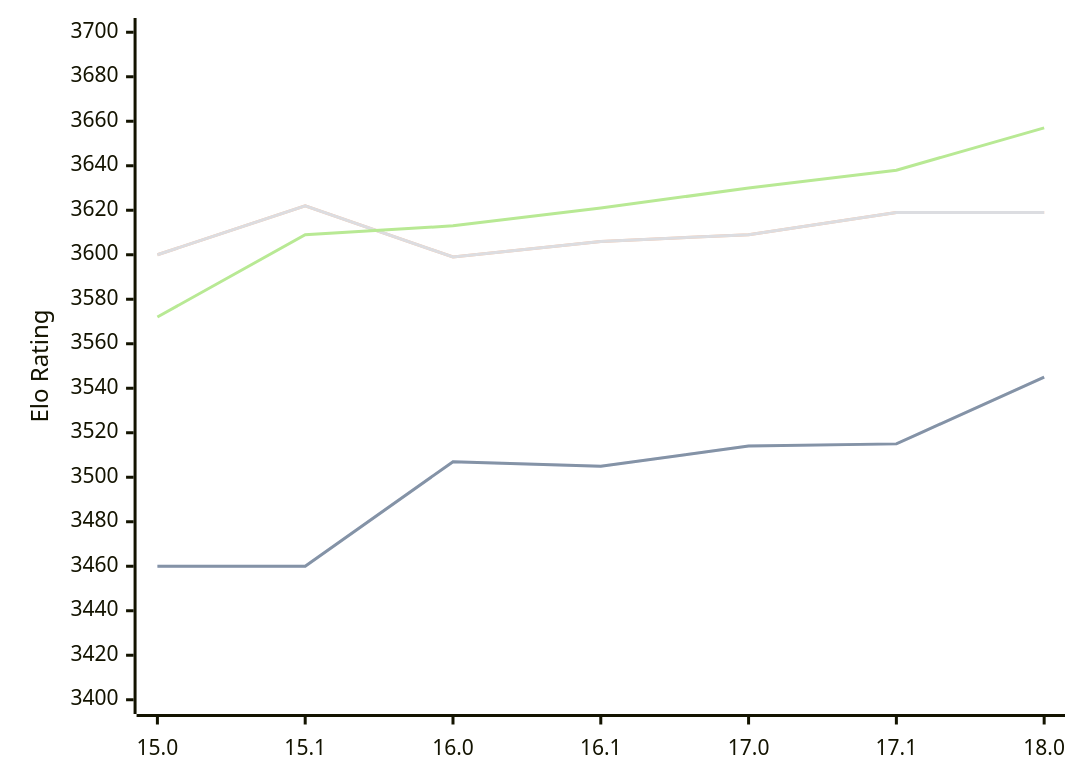
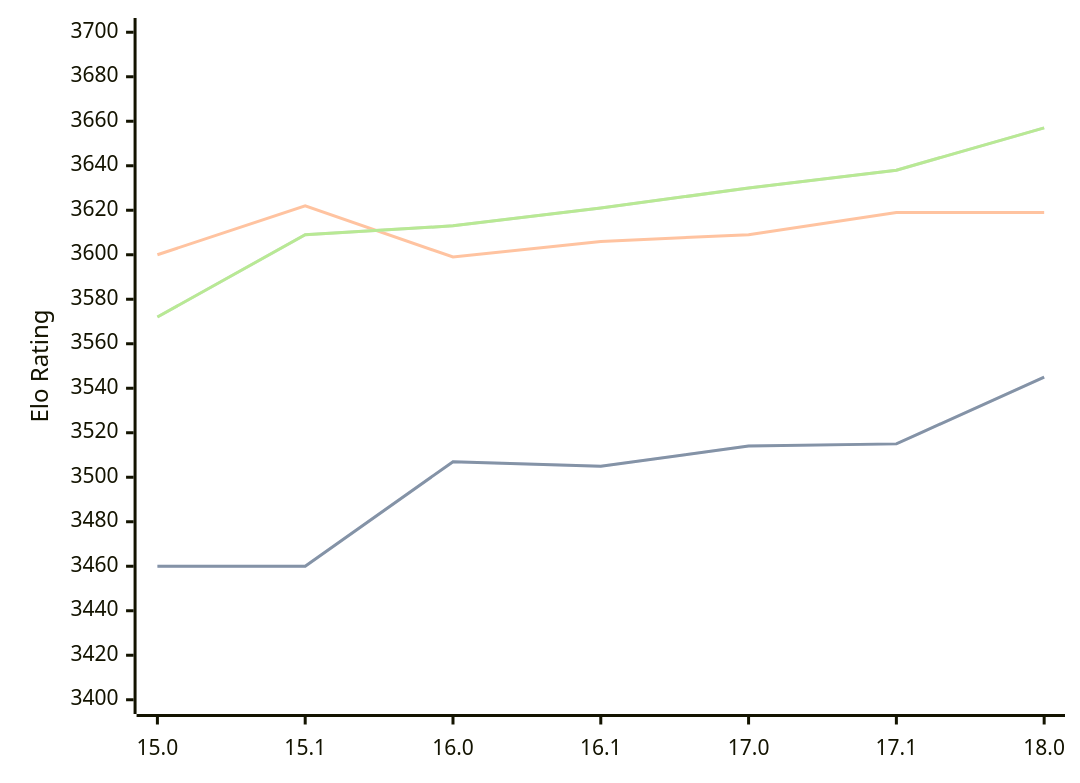
Before and after one commit to computer-chess-index/cci: the diagram in engines/Stockfish.md, drawn with Mermaid. The commit also changed other lines of this file, not shown here.

Commit message:
Update CCI Ratings (ELO VLTC) - 2026-02-13

````diff
--- a/engines/Stockfish.md
+++ b/engines/Stockfish.md
@@ -43,11 +43,11 @@
 ```mermaid
 %%{init: {"theme":"base","themeVariables":{"seriesColors:['#a3a3a3','#222221','#faa371']}}}%%
 xychart-beta
   x-axis ["15.0", "15.1", "16.0", "16.1", "17.0", "17.1", "18.0"]
   y-axis "Elo Rating" 3400 --> 3700
   line "STC (8.0+0.08s)" [3460, 3460, 3507, 3505, 3514, 3515, 3545]
   line "STC (8.0+0.08s)" [3460, 3460, 3507, 3505, 3514, 3515, 3545]
   line "LTC (60.0+0.60s)" [3600, 3622, 3599, 3606, 3609, 3619, 3619]
-  line "LTC (60.0+0.60s)" [3600, 3622, 3599, 3606, 3609, 3619, 3619]
+  line "VLTC (2m24s+1.12s)" [3572, 3609, 3613, 3621, 3630, 3638, 3657]
   line "VLTC (2m24s+1.12s)" [3572, 3609, 3613, 3621, 3630, 3638, 3657]
 ```
````
